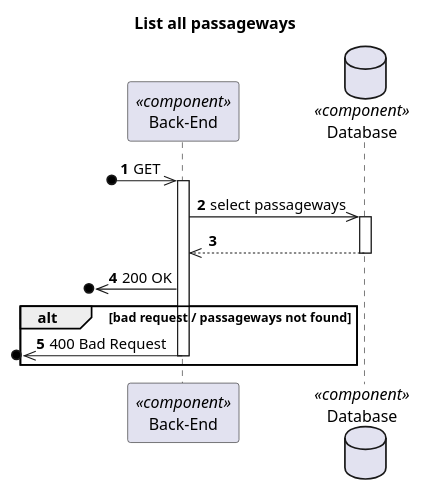
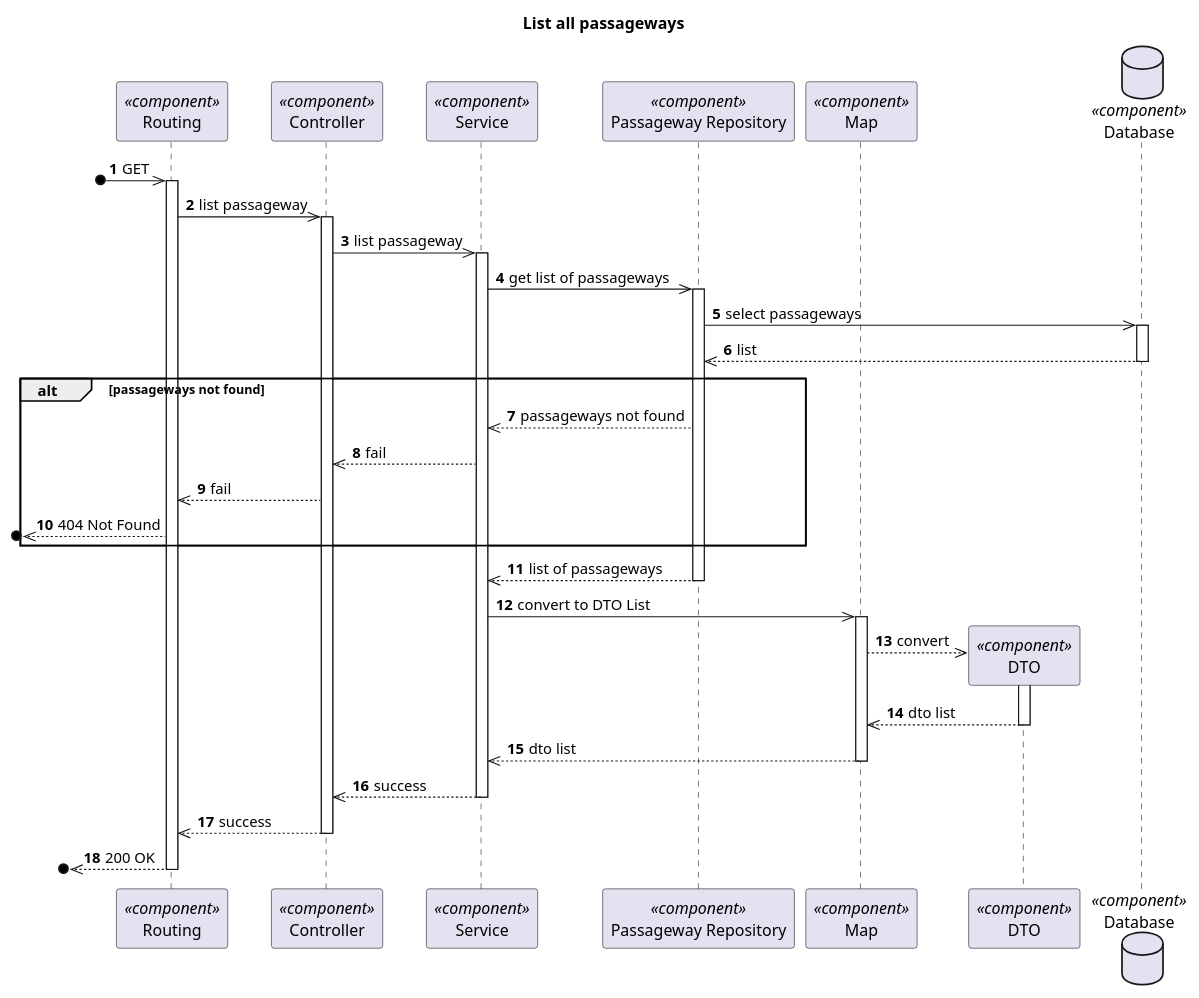
The diagram in docs/Vista Processo/US260/ProcessView_Level3_US260.puml (1210910/lapr5), drawn with PlantUML before and after one commit. The commit also changed 14 other files, not shown here.

```diff
--- a/docs/Vista Processo/US260/ProcessView_Level3_US260.puml
+++ b/docs/Vista Processo/US260/ProcessView_Level3_US260.puml
@@ -1,27 +1,63 @@
 @startuml Process View - Level 3
 
 autonumber
 skinparam packageStyle rect
 
 title List all passageways
 
-participant "Back-End" as BE <<component>>
-database "Database" as DB <<component>>
+participant "Routing" as routing <<component>>
+participant "Controller" as controller <<component>>
+participant "Service" as service <<component>>
+participant "Passageway Repository" as passagewayrepo <<component>>
+participant "Map" as map <<component>>
+participant "DTO" as dto <<component>>
+database "Database" as db <<component>>
 
-?o->> BE : GET
+?o->> routing : GET
+activate routing
+routing ->> controller : list passageway
 
-activate BE
+activate controller
+controller ->> service : list passageway
 
-BE ->> DB : select passageways
-activate DB
-DB -->> BE
-deactivate DB
+activate service
+service ->> passagewayrepo : get list of passageways
 
-?o<<- BE : 200 OK
+activate passagewayrepo
+passagewayrepo ->> db : select passageways
+activate db
+db -->> passagewayrepo : list
+deactivate db
 
-alt bad request / passageways not found
-?o<<- BE : 400 Bad Request
-deactivate BE
-end
+alt passageways not found
+    passagewayrepo -->> service : passageways not found
+    service -->> controller : fail
+    controller -->> routing : fail
+    ?o<<-- routing : 404 Not Found
+end alt
+
+passagewayrepo -->> service : list of passageways
+deactivate passagewayrepo
+
+service ->> map : convert to DTO List
+activate map
+
+map -->> dto** : convert
+activate dto
+
+dto -->> map : dto list
+deactivate dto
+
+map -->> service : dto list
+deactivate map
+
+service -->> controller : success
+deactivate service
+
+controller -->> routing : success
+deactivate controller
+
+?o<<-- routing : 200 OK
+deactivate routing
 
 @enduml
```
